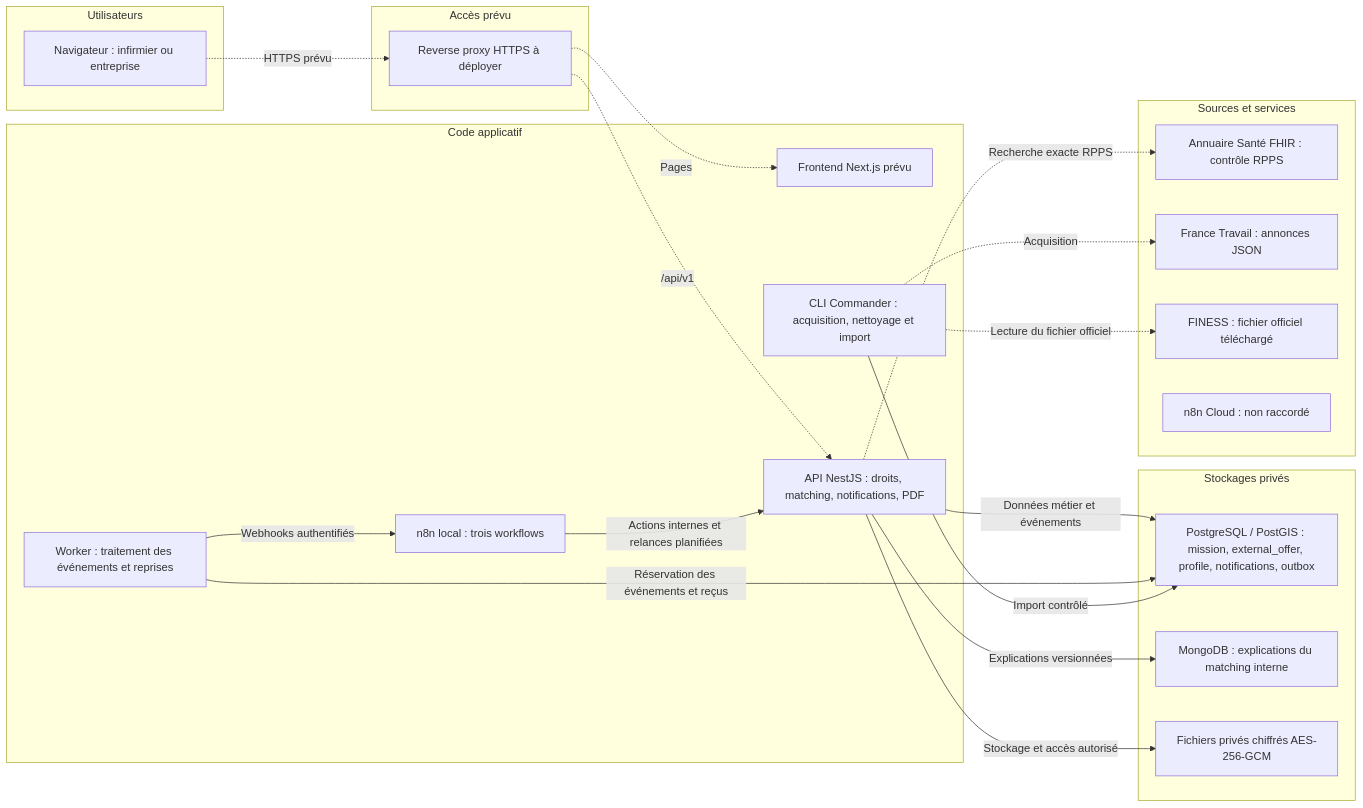
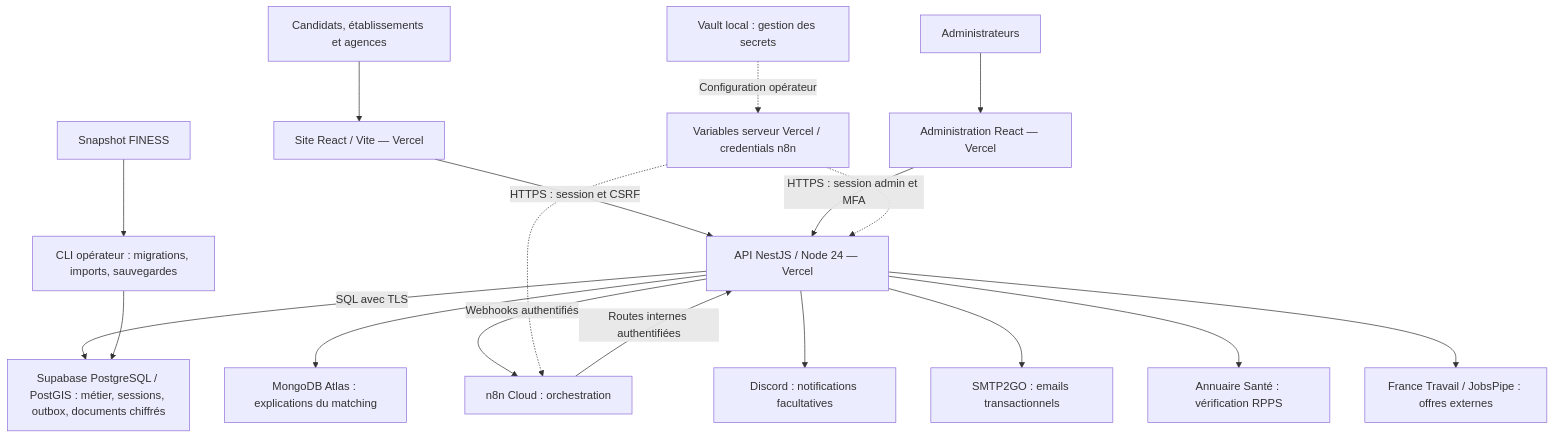
One commit to lebretyves/Infimactch_Prod changed the diagram in docs/architecture-v1.mmd. Above: the diagram before and after it, drawn with Mermaid. The commit also changed 67 other files, not shown here.

Commit message:
docs: refresh architecture flows and delivery documentation

```diff
--- a/docs/architecture-v1.mmd
+++ b/docs/architecture-v1.mmd
@@ -1,38 +1,18 @@
-flowchart LR
-    subgraph client["Utilisateurs"]
-        browser["Navigateur : infirmier ou entreprise"]
-    end
-    subgraph gateway["Accès prévu"]
-        proxy["Reverse proxy HTTPS à déployer"]
-    end
-    subgraph service["Code applicatif"]
-        front["Frontend Next.js prévu"]
-        api["API NestJS : droits, matching, notifications, PDF"]
-        worker["Worker : traitement des événements et reprises"]
-        cli["CLI Commander : acquisition, nettoyage et import"]
-        automation["n8n local : trois workflows"]
-    end
-    subgraph datastore["Stockages privés"]
-        sql["PostgreSQL / PostGIS : mission, external_offer, profile, notifications, outbox"]
-        mongo["MongoDB : explications du matching interne"]
-        files["Fichiers privés chiffrés AES-256-GCM"]
-    end
-    subgraph external["Sources et services"]
-        ans["Annuaire Santé FHIR : contrôle RPPS"]
-        ft["France Travail : annonces JSON"]
-        finess["FINESS : fichier officiel téléchargé"]
-        cloud["n8n Cloud : non raccordé"]
-    end
-    browser -.->|"HTTPS prévu"| proxy
-    proxy -.->|"Pages"| front
-    proxy -.->|"/api/v1"| api
-    api -->|"Données métier et événements"| sql
-    api -->|"Explications versionnées"| mongo
-    api -->|"Stockage et accès autorisé"| files
-    worker -->|"Réservation des événements et reçus"| sql
-    worker -->|"Webhooks authentifiés"| automation
-    automation -->|"Actions internes et relances planifiées"| api
-    api -.->|"Recherche exacte RPPS"| ans
-    cli -.->|"Acquisition"| ft
-    cli -.->|"Lecture du fichier officiel"| finess
-    cli -->|"Import contrôlé"| sql
+flowchart TB
+    user["Candidats, établissements et agences"] --> site["Site React / Vite — Vercel"]
+    owner["Administrateurs"] --> admin["Administration React — Vercel"]
+    site -->|"HTTPS : session et CSRF"| api["API NestJS / Node 24 — Vercel"]
+    admin -->|"HTTPS : session admin et MFA"| api
+    api -->|"SQL avec TLS"| pg["Supabase PostgreSQL / PostGIS : métier, sessions, outbox, documents chiffrés"]
+    api --> mongo["MongoDB Atlas : explications du matching"]
+    api -->|"Webhooks authentifiés"| n8n["n8n Cloud : orchestration"]
+    n8n -->|"Routes internes authentifiées"| api
+    api --> discord["Discord : notifications facultatives"]
+    api --> mail["SMTP2GO : emails transactionnels"]
+    api --> ans["Annuaire Santé : vérification RPPS"]
+    api --> offers["France Travail / JobsPipe : offres externes"]
+    cli["CLI opérateur : migrations, imports, sauvegardes"] --> pg
+    finess["Snapshot FINESS"] --> cli
+    vault["Vault local : gestion des secrets"] -.->|"Configuration opérateur"| config["Variables serveur Vercel / credentials n8n"]
+    config -.-> api
+    config -.-> n8n
```
